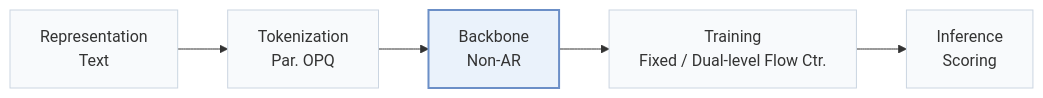
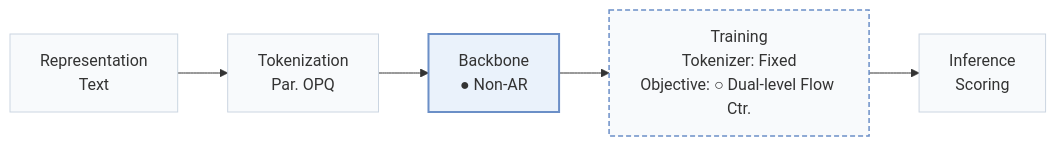
One commit to Galaxy-ghost/Awesome-SID-Generative-Rec changed the first of 2 diagrams in pages/papers/sprint.md. Above: the diagram before and after it, drawn with Mermaid. The commit also changed other lines of this file and 558 other files, not shown here.

````diff
--- a/pages/papers/sprint.md
+++ b/pages/papers/sprint.md
@@ -15,8 +18,10 @@
 ```mermaid
 flowchart LR
-    R["Representation<br/>Text"] --> T["Tokenization<br/>Par. OPQ"] --> B["Backbone<br/>Non-AR"] --> TR["Training<br/>Fixed / Dual-level Flow Ctr."] --> I["Inference<br/>Scoring"]
+    R["Representation<br/>Text"] --> T["Tokenization<br/>Par. OPQ"] --> B["Backbone<br/>● Non-AR"] --> TR["Training<br/>Tokenizer: Fixed<br/>Objective: ○ Dual-level Flow Ctr."] --> I["Inference<br/>Scoring"]
     classDef base fill:#f8fafc,stroke:#cbd5e1
     class R,T,B,TR,I base
+    classDef other fill:#f8fafc,stroke:#6b8fc7,stroke-width:1.5px,stroke-dasharray:5 3
+    class TR other
     classDef main fill:#eaf2fb,stroke:#6b8fc7,stroke-width:2px
     class B main
 ```
````
